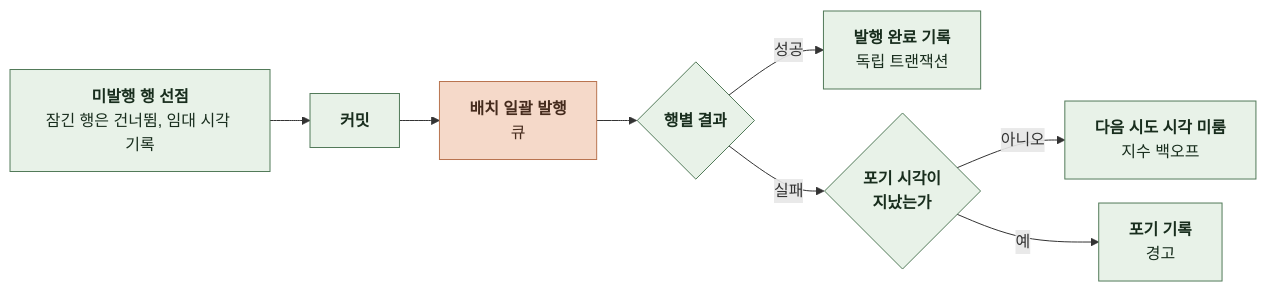
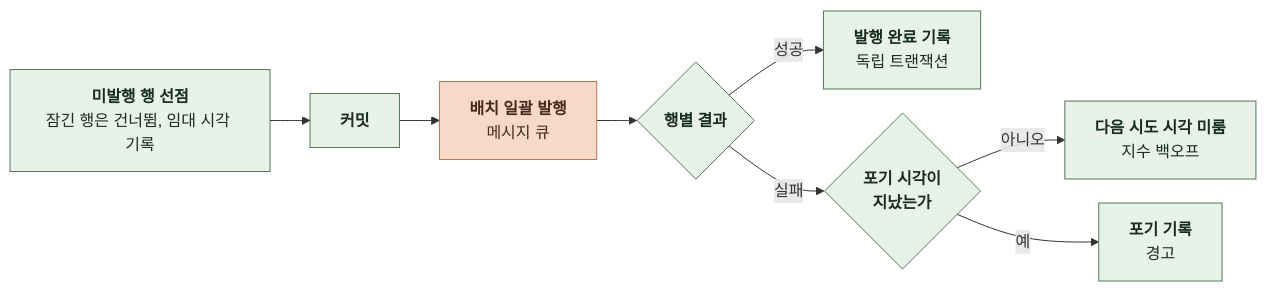
Before and after one commit to KIM-N-KANG/knk-harness: the tenth of 13 diagrams in docs/domain/NOTIFICATION/BACKEND/4-1-PIPELINES.md, drawn with Mermaid. The commit also changed other lines of this file and 13 other files, not shown here.

````diff
--- a/docs/domain/NOTIFICATION/BACKEND/4-1-PIPELINES.md
+++ b/docs/domain/NOTIFICATION/BACKEND/4-1-PIPELINES.md
@@ -289,21 +289,21 @@
 ```mermaid
 %%{init: {"flowchart": {"curve": "basis", "nodeSpacing": 24, "rankSpacing": 40}}}%%
 flowchart LR
     A["`**미발행 행 선점**
 잠긴 행은 건너뜀, 임대 시각 기록`"] --> B["`**커밋**`"]
     B --> C["`**배치 일괄 발행**
-큐`"]
+메시지 큐`"]
     C --> D{"`**행별 결과**`"}
     D -->|성공| E["`**발행 완료 기록**
 독립 트랜잭션`"]
     D -->|실패| F{"`**포기 시각이
 지났는가**`"}
     F -->|아니오| G["`**다음 시도 시각 미룸**
 지수 백오프`"]
     F -->|예| H["`**포기 기록**
 경고`"]
     classDef comp fill:#E8F2E8,stroke:#527A59,color:#182D1D
     classDef task fill:#F5D9C9,stroke:#B97450,color:#452B1D
     class A,B,D,E,F,G,H comp
     class C task
 ```
````
